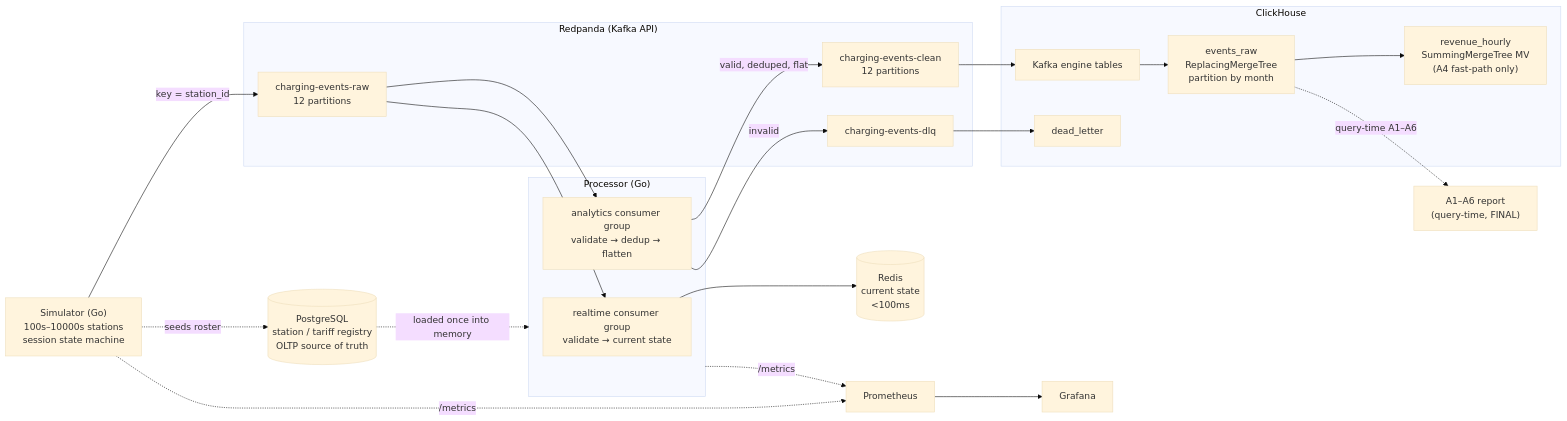
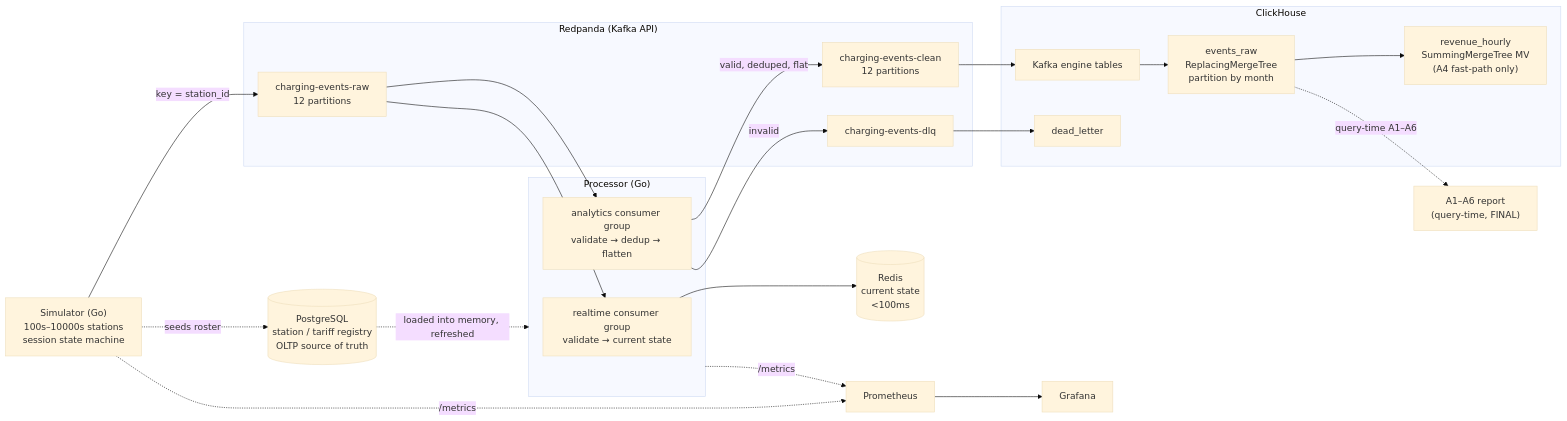
One commit to BoraKaraman1/Data-Engineering-Case-Study changed the diagram in docs/ARCHITECTURE.md. Above: the diagram before and after it, drawn with Mermaid (base theme). The commit also changed other lines of this file and 1 other file, not shown here.

Commit message:
docs: correct registry + review-log staleness

````diff
--- a/docs/ARCHITECTURE.md
+++ b/docs/ARCHITECTURE.md
@@ -32,37 +32,37 @@
 ```mermaid
 flowchart LR
     SIM["Simulator (Go)\n100s–10000s stations\nsession state machine"]
     subgraph KAFKA["Redpanda (Kafka API)"]
       RAW["charging-events-raw\n12 partitions"]
       CLEAN["charging-events-clean\n12 partitions"]
       DLQ["charging-events-dlq"]
     end
     subgraph PROC["Processor (Go)"]
       RT["realtime consumer group\nvalidate → current state"]
       AN["analytics consumer group\nvalidate → dedup → flatten"]
     end
     REDIS[("Redis\ncurrent state\n<100ms")]
     PG[("PostgreSQL\nstation / tariff registry\nOLTP source of truth")]
     subgraph CH["ClickHouse"]
       QEUE["Kafka engine tables"]
       RAWT["events_raw\nReplacingMergeTree\npartition by month"]
       MV["revenue_hourly\nSummingMergeTree MV\n(A4 fast-path only)"]
       DL["dead_letter"]
     end
     PROM["Prometheus"]
     GRAF["Grafana"]
     RPT["A1–A6 report\n(query-time, FINAL)"]
 
     SIM -->|key = station_id| RAW
     RAW --> RT --> REDIS
     RAW --> AN -->|valid, deduped, flat| CLEAN
     AN -->|invalid| DLQ
-    PG -. loaded once into memory .-> PROC
+    PG -. loaded into memory, refreshed .-> PROC
     SIM -. seeds roster .-> PG
     CLEAN --> QEUE --> RAWT --> MV
     RAWT -. query-time A1–A6 .-> RPT
     DLQ --> DL
     SIM -. /metrics .-> PROM
     PROC -. /metrics .-> PROM
     PROM --> GRAF
 ```
````
